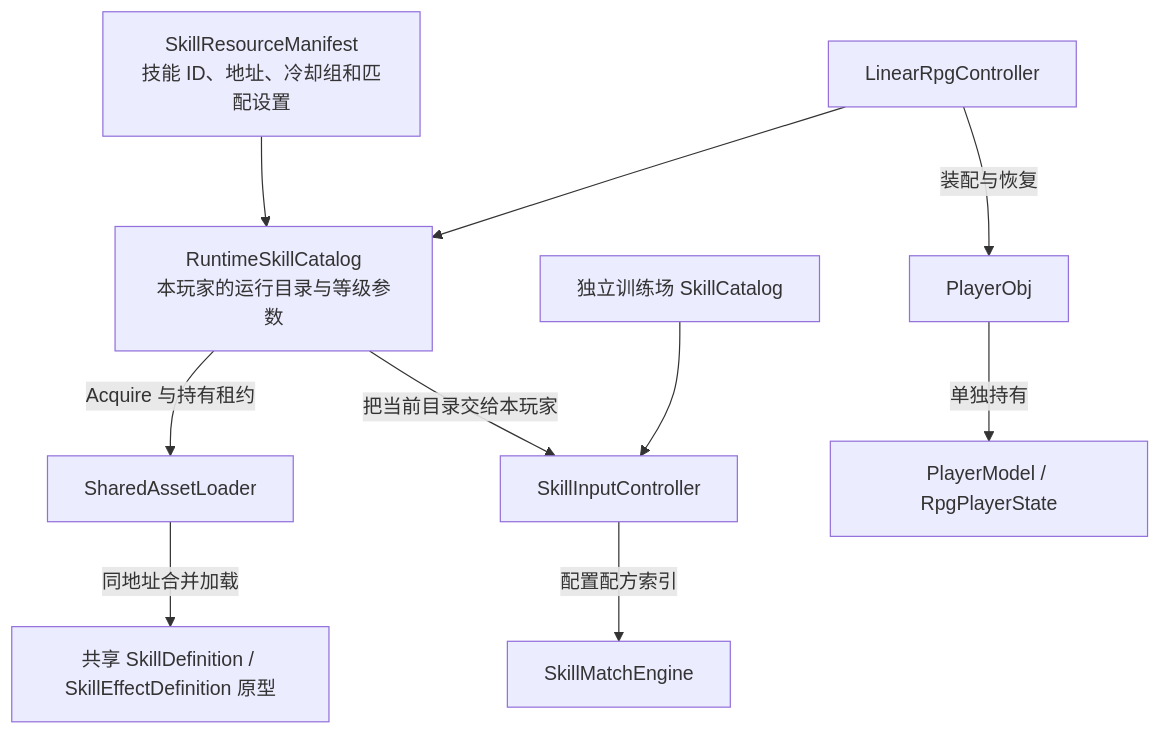
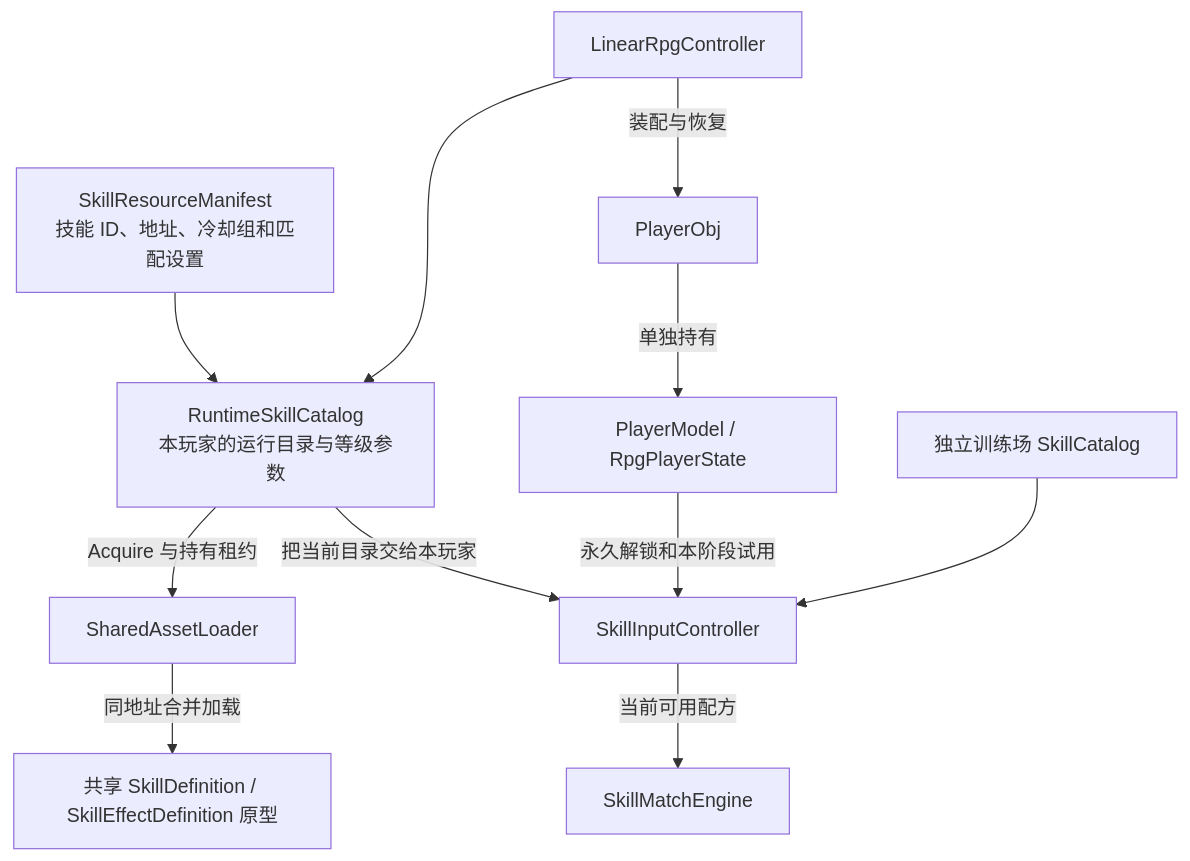
Before and after one commit to lphahapl/unity-xr-multimodal-spellcasting: the first of 3 diagrams in docs/architecture/SKILL_SYSTEM_CLASS_DIAGRAM_ZH.md, drawn with Mermaid. The commit also changed other lines of this file and 3422 other files, not shown here.

```diff
--- a/docs/architecture/SKILL_SYSTEM_CLASS_DIAGRAM_ZH.md
+++ b/docs/architecture/SKILL_SYSTEM_CLASS_DIAGRAM_ZH.md
@@ -7,12 +7,13 @@
 ~~~mermaid
 flowchart TD
     Manifest["SkillResourceManifest<br/>技能 ID、地址、冷却组和匹配设置"] --> Catalog["RuntimeSkillCatalog<br/>本玩家的运行目录与等级参数"]
     Catalog -->|"Acquire 与持有租约"| Loader["SharedAssetLoader"]
     Loader -->|"同地址合并加载"| Asset["共享 SkillDefinition / SkillEffectDefinition 原型"]
     Catalog -->|"把当前目录交给本玩家"| Input["SkillInputController"]
     Player["PlayerObj"] -->|"单独持有"| Model["PlayerModel / RpgPlayerState"]
     RPG["LinearRpgController"] -->|"装配与恢复"| Player
     RPG --> Catalog
-    Input -->|"配置配方索引"| Matcher["SkillMatchEngine"]
+    Model -->|"永久解锁和本阶段试用"| Input
+    Input -->|"当前可用配方"| Matcher["SkillMatchEngine"]
     Trainer["独立训练场 SkillCatalog"] --> Input
 ~~~
```
